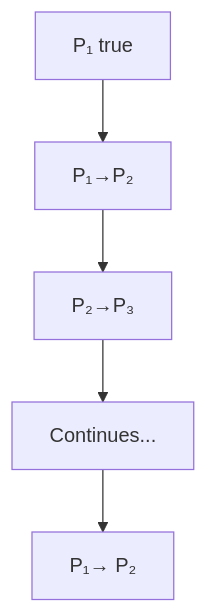
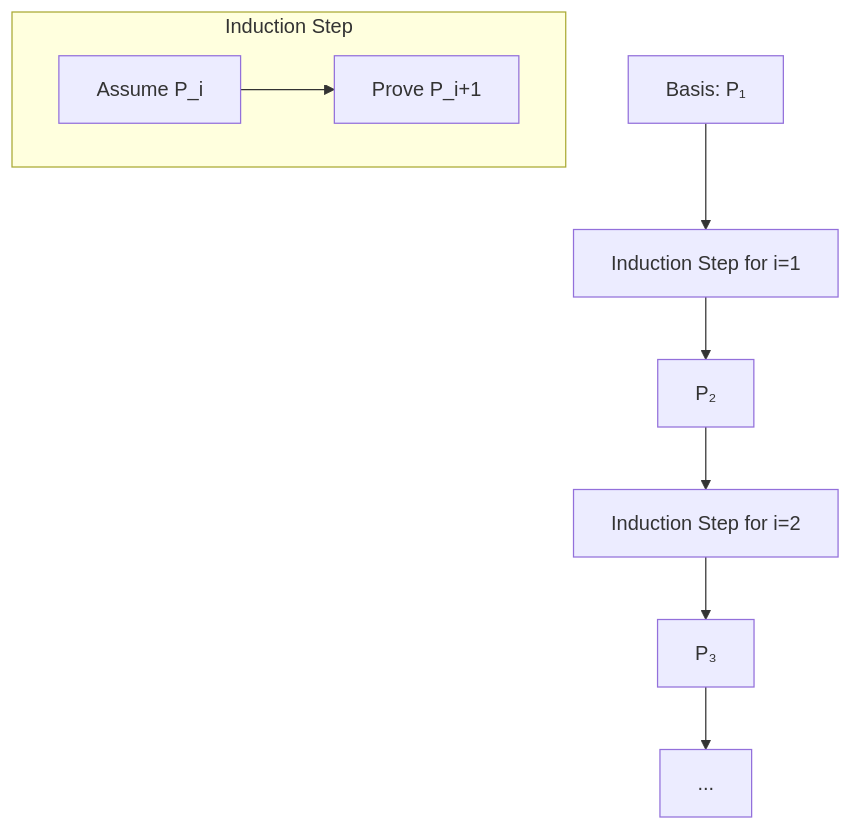
Before and after one commit to Prodaturu/Obsidian: the second of 2 diagrams in 3 - Main Notes/InformationTheoryTum/Types of Proof 0.4.md, drawn with Mermaid. The commit also changed 1 other file, not shown here.

Commit message:
vault sync: 2025-11-25 02:35:26

````diff
--- a/3 - Main Notes/InformationTheoryTum/Types of Proof 0.4.md
+++ b/3 - Main Notes/InformationTheoryTum/Types of Proof 0.4.md
@@ -148,7 +148,11 @@
 ```mermaid
 graph TB
-    A[P₁ true] --> B[P₁→P₂]
-    B --> C[P₂→P₃]
-    C --> D[Continues...]
-    D --> E[P₁→ P₂]
+    subgraph Induction Step
+        I[Assume P_i] --> J[Prove P_i+1]
+    end
+    A[Basis: P₁] --> B[Induction Step for i=1]
+    B --> C[P₂]
+    C --> D[Induction Step for i=2]
+    D --> E[P₃]
+    E --> F[...]
 ```
````
